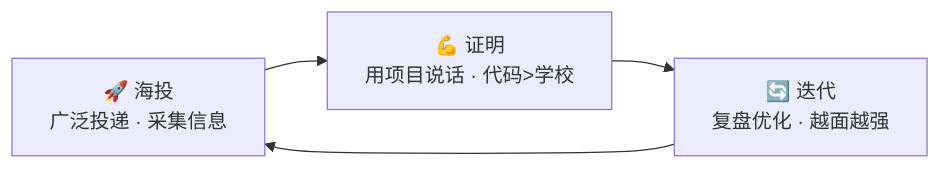
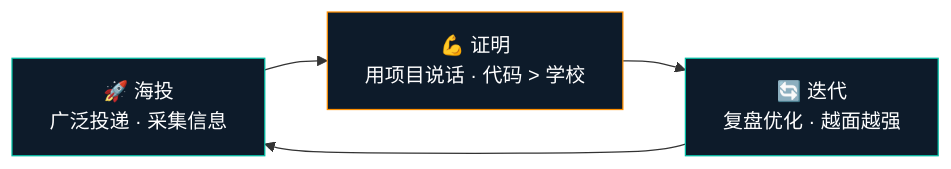
The diagram in README.md (Destined-at-Dawn/career-breakthrough), drawn with Mermaid before and after one commit. The commit also changed other lines of this file and 3 other files, not shown here.

````diff
--- a/README.md
+++ b/README.md
@@ -45,6 +41,9 @@
 ```mermaid
 graph LR
-    A["🚀 海投<br/>广泛投递 · 采集信息"] --> B["💪 证明<br/>用项目说话 · 代码>学校"]
+    A["🚀 海投<br/>广泛投递 · 采集信息"] --> B["💪 证明<br/>用项目说话 · 代码 > 学校"]
     B --> C["🔄 迭代<br/>复盘优化 · 越面越强"]
     C --> A
+    style A fill:#0D1B2A,stroke:#00BFA5,color:#fff
+    style B fill:#0D1B2A,stroke:#FF8F00,color:#fff
+    style C fill:#0D1B2A,stroke:#00BFA5,color:#fff
 ```
````
